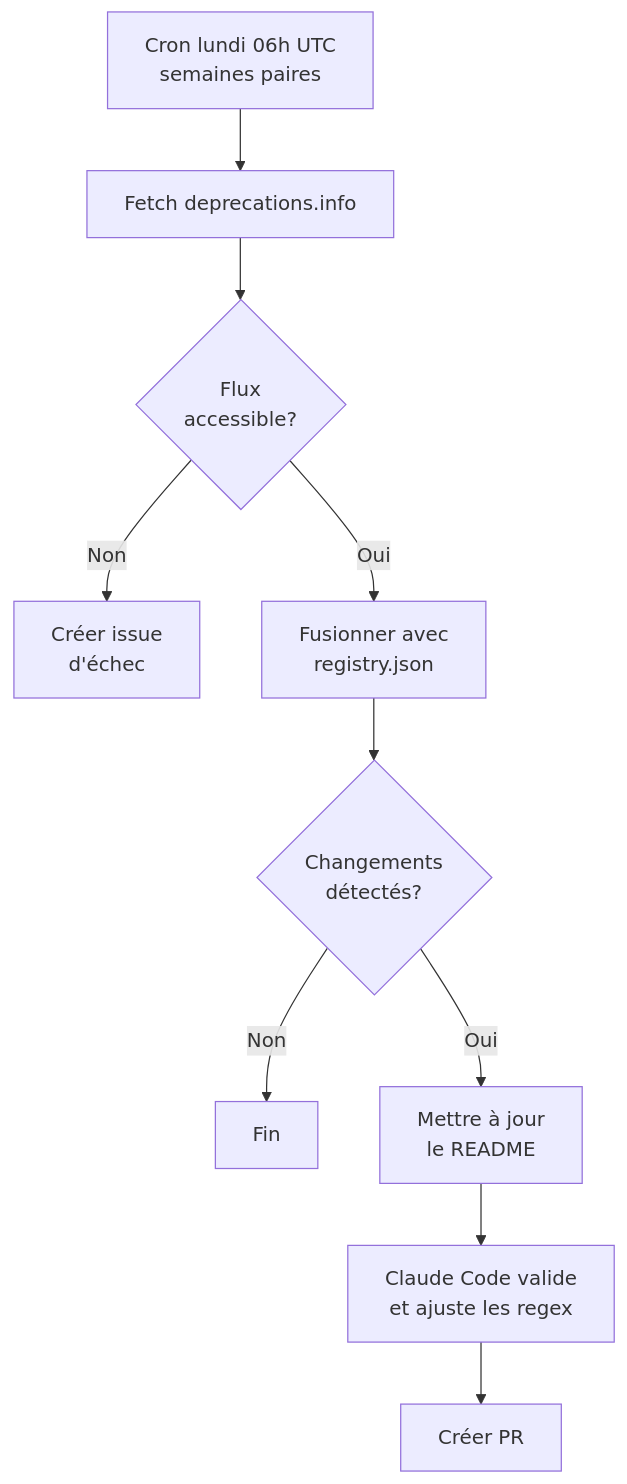
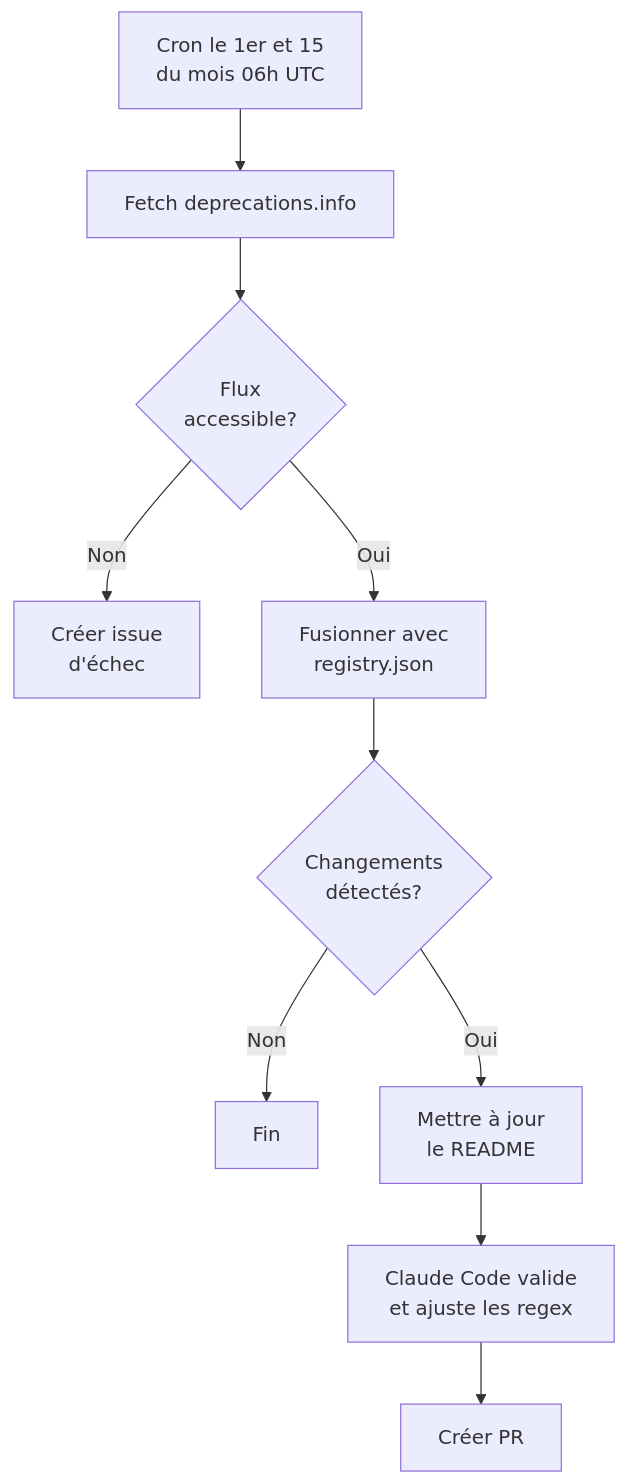
The second of 2 diagrams in README.md (Baseline-quebec/tracking-llm-discontinued), drawn with Mermaid before and after one commit. The commit also changed other lines of this file and 6 other files, not shown here.

````diff
--- a/README.md
+++ b/README.md
@@ -276,12 +276,12 @@
 ```mermaid
 flowchart TD
-    A[Cron lundi 06h UTC<br>semaines paires] --> B[Fetch deprecations.info]
+    A[Cron le 1er et 15<br>du mois 06h UTC] --> B[Fetch deprecations.info]
     B --> C{Flux<br>accessible?}
     C -->|Non| D[Créer issue<br>d'échec]
     C -->|Oui| E[Fusionner avec<br>registry.json]
     E --> F{Changements<br>détectés?}
     F -->|Non| G[Fin]
     F -->|Oui| H[Mettre à jour<br>le README]
     H --> I[Claude Code valide<br>et ajuste les regex]
     I --> J[Créer PR]
 ```
````
